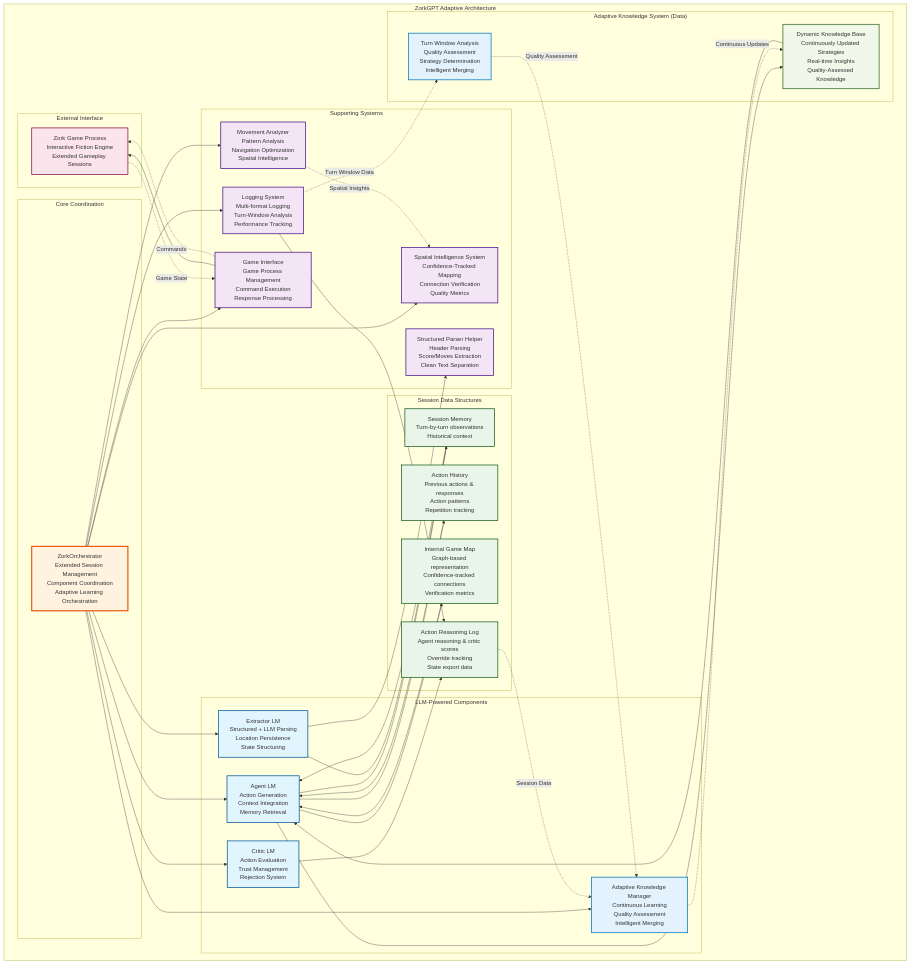
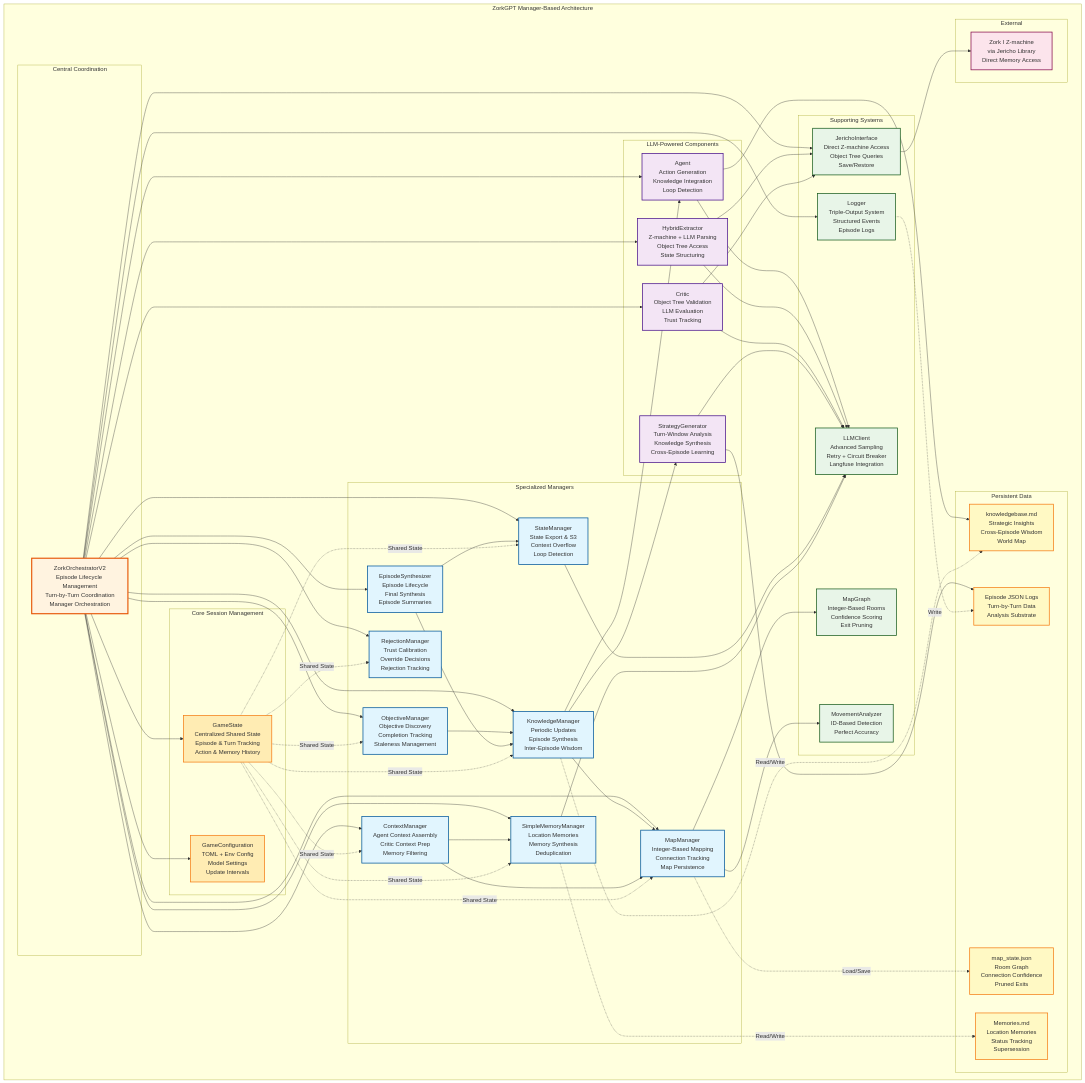
Before and after one commit to stickystyle/ZorkGPT: the first of 2 diagrams in README.md, drawn with Mermaid.

Commit message:
docs: update Architecture Diagram to reflect manager-based architecture
Replace outdated architecture diagram with current manager-based system:
- Add 8 specialized managers (Objective, Knowledge, Map, State, Context, Episode, Rejection, Memory)
- Replace GameAPI with JerichoInterface (Z-machine access)
- Add Core Session Management layer (GameState, GameConfiguration)
- Separate Persistent Data as distinct category (knowledgebase.md, map_state.json, Memories.md)
- Show GameState as shared state accessed by all managers
- Add StrategyGenerator as explicit LLM component
- Update all component relationships and data flows

🤖 Generated with [Claude Code](https://claude.com/claude-code)

````diff
--- a/README.md
+++ b/README.md
@@ -133,90 +133,127 @@
 ```mermaid
 graph TB
-    subgraph "ZorkGPT Adaptive Architecture"
-        subgraph "Core Coordination"
-            Orchestrator[ZorkOrchestrator<br/>Extended Session Management<br/>Component Coordination<br/>Adaptive Learning Orchestration]
+    subgraph "ZorkGPT Manager-Based Architecture"
+        subgraph "Central Coordination"
+            Orchestrator[ZorkOrchestratorV2<br/>Episode Lifecycle Management<br/>Turn-by-Turn Coordination<br/>Manager Orchestration]
         end
-        
+
+        subgraph "Core Session Management"
+            GameState[GameState<br/>Centralized Shared State<br/>Episode & Turn Tracking<br/>Action & Memory History]
+            GameConfig[GameConfiguration<br/>TOML + Env Config<br/>Model Settings<br/>Update Intervals]
+        end
+
+        subgraph "Specialized Managers"
+            ObjectiveMgr[ObjectiveManager<br/>Objective Discovery<br/>Completion Tracking<br/>Staleness Management]
+            KnowledgeMgr[KnowledgeManager<br/>Periodic Updates<br/>Episode Synthesis<br/>Inter-Episode Wisdom]
+            MapMgr[MapManager<br/>Integer-Based Mapping<br/>Connection Tracking<br/>Map Persistence]
+            StateMgr[StateManager<br/>State Export & S3<br/>Context Overflow<br/>Loop Detection]
+            ContextMgr[ContextManager<br/>Agent Context Assembly<br/>Critic Context Prep<br/>Memory Filtering]
+            EpisodeSynth[EpisodeSynthesizer<br/>Episode Lifecycle<br/>Final Synthesis<br/>Episode Summaries]
+            RejectionMgr[RejectionManager<br/>Trust Calibration<br/>Override Decisions<br/>Rejection Tracking]
+            MemoryMgr[SimpleMemoryManager<br/>Location Memories<br/>Memory Synthesis<br/>Deduplication]
+        end
+
         subgraph "LLM-Powered Components"
-            Agent[Agent LM<br/>Action Generation<br/>Context Integration<br/>Memory Retrieval]
-            HybridExtractor[Extractor LM<br/>Structured + LLM Parsing<br/>Location Persistence<br/>State Structuring]
-            Critic[Critic LM<br/>Action Evaluation<br/>Trust Management<br/>Rejection System]
-            AdaptiveKM[Adaptive Knowledge Manager<br/>Continuous Learning<br/>Quality Assessment<br/>Intelligent Merging]
+            Agent[Agent<br/>Action Generation<br/>Knowledge Integration<br/>Loop Detection]
+            Extractor[HybridExtractor<br/>Z-machine + LLM Parsing<br/>Object Tree Access<br/>State Structuring]
+            Critic[Critic<br/>Object Tree Validation<br/>LLM Evaluation<br/>Trust Tracking]
+            StrategyGen[StrategyGenerator<br/>Turn-Window Analysis<br/>Knowledge Synthesis<br/>Cross-Episode Learning]
         end
-        
+
         subgraph "Supporting Systems"
-            GameAPI[Game Interface<br/>Game Process Management<br/>Command Execution<br/>Response Processing]
-            MapGraph[Spatial Intelligence System<br/>Confidence-Tracked Mapping<br/>Connection Verification<br/>Quality Metrics]
-            Movement[Movement Analyzer<br/>Pattern Analysis<br/>Navigation Optimization<br/>Spatial Intelligence]
-            Logger[Logging System<br/>Multi-format Logging<br/>Turn-Window Analysis<br/>Performance Tracking]
-            StructuredParser[Structured Parser Helper<br/>Header Parsing<br/>Score/Moves Extraction<br/>Clean Text Separation]
+            JerichoIF[JerichoInterface<br/>Direct Z-machine Access<br/>Object Tree Queries<br/>Save/Restore]
+            MapGraph[MapGraph<br/>Integer-Based Rooms<br/>Confidence Scoring<br/>Exit Pruning]
+            MovementAnalyzer[MovementAnalyzer<br/>ID-Based Detection<br/>Perfect Accuracy]
+            Logger[Logger<br/>Triple-Output System<br/>Structured Events<br/>Episode Logs]
+            LLMClient[LLMClient<br/>Advanced Sampling<br/>Retry + Circuit Breaker<br/>Langfuse Integration]
         end
-        
-        subgraph "Session Data Structures"
-            MemoryLog[Session Memory<br/>Turn-by-turn observations<br/>Historical context]
-            ActionHistory[Action History<br/>Previous actions & responses<br/>Action patterns<br/>Repetition tracking]
-            GameMap[Internal Game Map<br/>Graph-based representation<br/>Confidence-tracked connections<br/>Verification metrics]
-            ActionReasoning[Action Reasoning Log<br/>Agent reasoning & critic scores<br/>Override tracking<br/>State export data]
+
+        subgraph "Persistent Data"
+            KnowledgeBase[knowledgebase.md<br/>Strategic Insights<br/>Cross-Episode Wisdom<br/>World Map]
+            MapState[map_state.json<br/>Room Graph<br/>Connection Confidence<br/>Pruned Exits]
+            MemoryFile[Memories.md<br/>Location Memories<br/>Status Tracking<br/>Supersession]
+            EpisodeLogs[Episode JSON Logs<br/>Turn-by-Turn Data<br/>Analysis Substrate]
         end
-        
-        subgraph "Adaptive Knowledge System (Data)"
-            KnowledgeBase[Dynamic Knowledge Base<br/>Continuously Updated Strategies<br/>Real-time Insights<br/>Quality-Assessed Knowledge]
-            TurnAnalysis[Turn Window Analysis<br/>Quality Assessment<br/>Strategy Determination<br/>Intelligent Merging]
-        end
-        
-        subgraph "External Interface"
-            ZorkGame[Zork Game Process<br/>Interactive Fiction Engine<br/>Extended Gameplay Sessions]
+
+        subgraph "External"
+            ZorkGame[Zork I Z-machine<br/>via Jericho Library<br/>Direct Memory Access]
         end
     end
-    
+
+    %% Orchestrator connections
+    Orchestrator --> GameState
+    Orchestrator --> GameConfig
     Orchestrator --> Agent
-    Orchestrator --> HybridExtractor
+    Orchestrator --> Extractor
     Orchestrator --> Critic
-    Orchestrator --> AdaptiveKM
+    Orchestrator --> JerichoIF
     Orchestrator --> Logger
-    
-    Agent --> MemoryLog
-    Agent --> ActionHistory
-    Agent --> GameMap
+
+    %% Manager dependencies
+    Orchestrator --> ObjectiveMgr
+    Orchestrator --> KnowledgeMgr
+    Orchestrator --> MapMgr
+    Orchestrator --> StateMgr
+    Orchestrator --> ContextMgr
+    Orchestrator --> EpisodeSynth
+    Orchestrator --> RejectionMgr
+    Orchestrator --> MemoryMgr
+
+    %% Manager interactions
+    KnowledgeMgr --> Agent
+    KnowledgeMgr --> MapMgr
+    KnowledgeMgr --> StrategyGen
+    ObjectiveMgr --> KnowledgeMgr
+    EpisodeSynth --> KnowledgeMgr
+    EpisodeSynth --> StateMgr
+    ContextMgr --> MapMgr
+    ContextMgr --> MemoryMgr
+
+    %% LLM component dependencies
+    Agent --> LLMClient
     Agent --> KnowledgeBase
-    HybridExtractor --> MemoryLog
-    Critic --> ActionReasoning
-    
-    Orchestrator --> Movement
-    Orchestrator --> MapGraph
-    GameAPI --> ZorkGame
-    Orchestrator --> GameAPI
-    HybridExtractor --> StructuredParser
-    
-    %% Data flows within session
-    MemoryLog --> Agent
-    ActionHistory --> Agent
-    GameMap --> Agent
-    KnowledgeBase --> Agent
-    Logger --> ActionReasoning
-    
-    ZorkGame -.->|Game State| GameAPI
-    GameAPI -.->|Commands| ZorkGame
-    
-    AdaptiveKM -.->|Continuous Updates| KnowledgeBase
-    Logger -.->|Turn Window Data| TurnAnalysis
-    TurnAnalysis -.->|Quality Assessment| AdaptiveKM
-    Movement -.->|Spatial Insights| MapGraph
-    ActionReasoning -.->|Session Data| AdaptiveKM
-    
-    classDef llmComponent fill:#e1f5fe,stroke:#01579b,stroke-width:2px
-    classDef supportSystem fill:#f3e5f5,stroke:#4a148c,stroke-width:2px
-    classDef dataStructure fill:#e8f5e8,stroke:#1b5e20,stroke-width:2px
+    Extractor --> LLMClient
+    Extractor --> JerichoIF
+    Critic --> LLMClient
+    Critic --> JerichoIF
+    StrategyGen --> LLMClient
+    StrategyGen --> EpisodeLogs
+
+    %% Supporting system connections
+    MapMgr --> MapGraph
+    MapMgr --> MovementAnalyzer
+    StateMgr --> LLMClient
+    MemoryMgr --> LLMClient
+    JerichoIF --> ZorkGame
+
+    %% Data persistence
+    MapMgr -.->|Load/Save| MapState
+    KnowledgeMgr -.->|Read/Write| KnowledgeBase
+    MemoryMgr -.->|Read/Write| MemoryFile
+    Logger -.->|Write| EpisodeLogs
+
+    %% GameState access (all managers read/write)
+    GameState -.->|Shared State| ObjectiveMgr
+    GameState -.->|Shared State| KnowledgeMgr
+    GameState -.->|Shared State| MapMgr
+    GameState -.->|Shared State| StateMgr
+    GameState -.->|Shared State| ContextMgr
+    GameState -.->|Shared State| RejectionMgr
+    GameState -.->|Shared State| MemoryMgr
+
     classDef coordinator fill:#fff3e0,stroke:#e65100,stroke-width:3px
+    classDef session fill:#ffecb3,stroke:#f57f17,stroke-width:2px
+    classDef manager fill:#e1f5fe,stroke:#01579b,stroke-width:2px
+    classDef llm fill:#f3e5f5,stroke:#4a148c,stroke-width:2px
+    classDef support fill:#e8f5e8,stroke:#1b5e20,stroke-width:2px
+    classDef data fill:#fff9c4,stroke:#f57f17,stroke-width:2px
     classDef external fill:#fce4ec,stroke:#880e4f,stroke-width:2px
-    classDef knowledge fill:#f1f8e9,stroke:#33691e,stroke-width:2px
-    classDef adaptive fill:#e3f2fd,stroke:#0277bd,stroke-width:2px
-    
-    class Agent,HybridExtractor,Critic llmComponent
-    class GameAPI,MapGraph,Movement,Logger,StructuredParser supportSystem
-    class MemoryLog,ActionHistory,GameMap,ActionReasoning dataStructure
+
     class Orchestrator coordinator
+    class GameState,GameConfig session
+    class ObjectiveMgr,KnowledgeMgr,MapMgr,StateMgr,ContextMgr,EpisodeSynth,RejectionMgr,MemoryMgr manager
+    class Agent,Extractor,Critic,StrategyGen llm
+    class JerichoIF,MapGraph,MovementAnalyzer,Logger,LLMClient support
+    class KnowledgeBase,MapState,MemoryFile,EpisodeLogs data
     class ZorkGame external
-    class KnowledgeBase knowledge
-    class AdaptiveKM,TurnAnalysis adaptive
 ```
````
